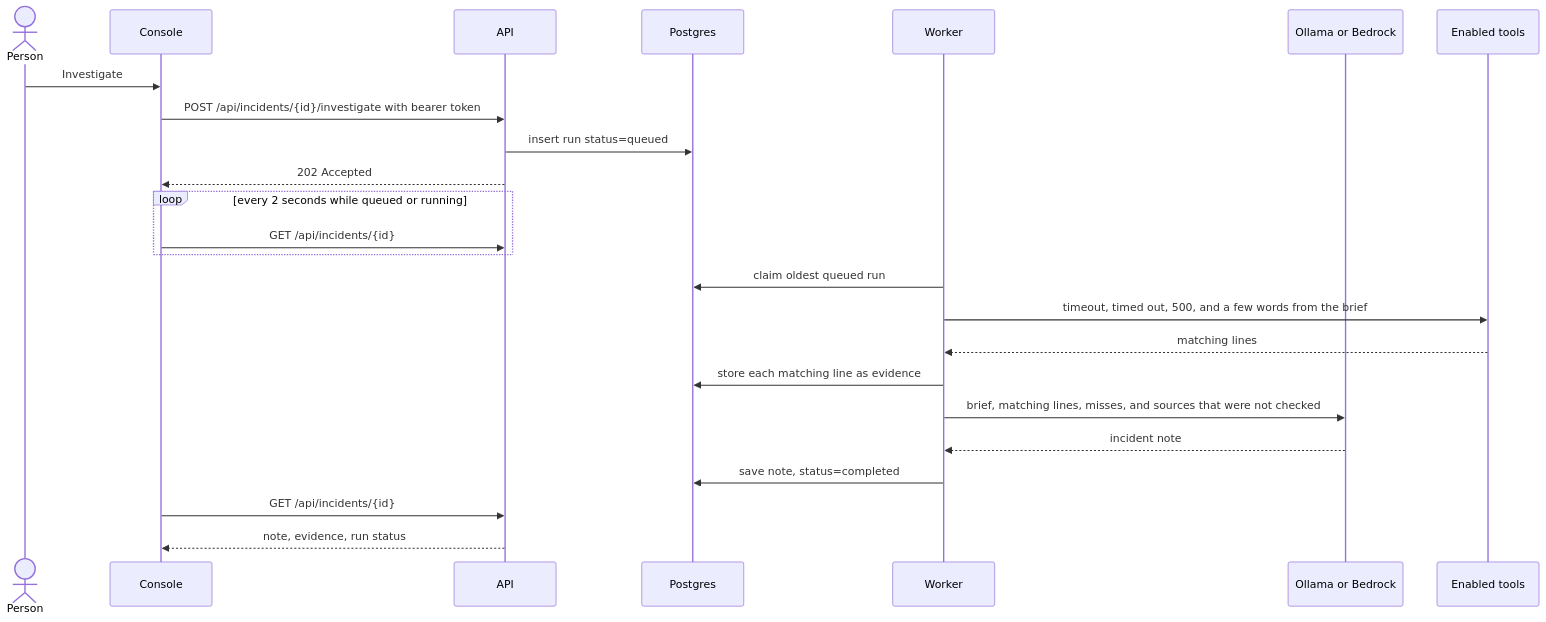
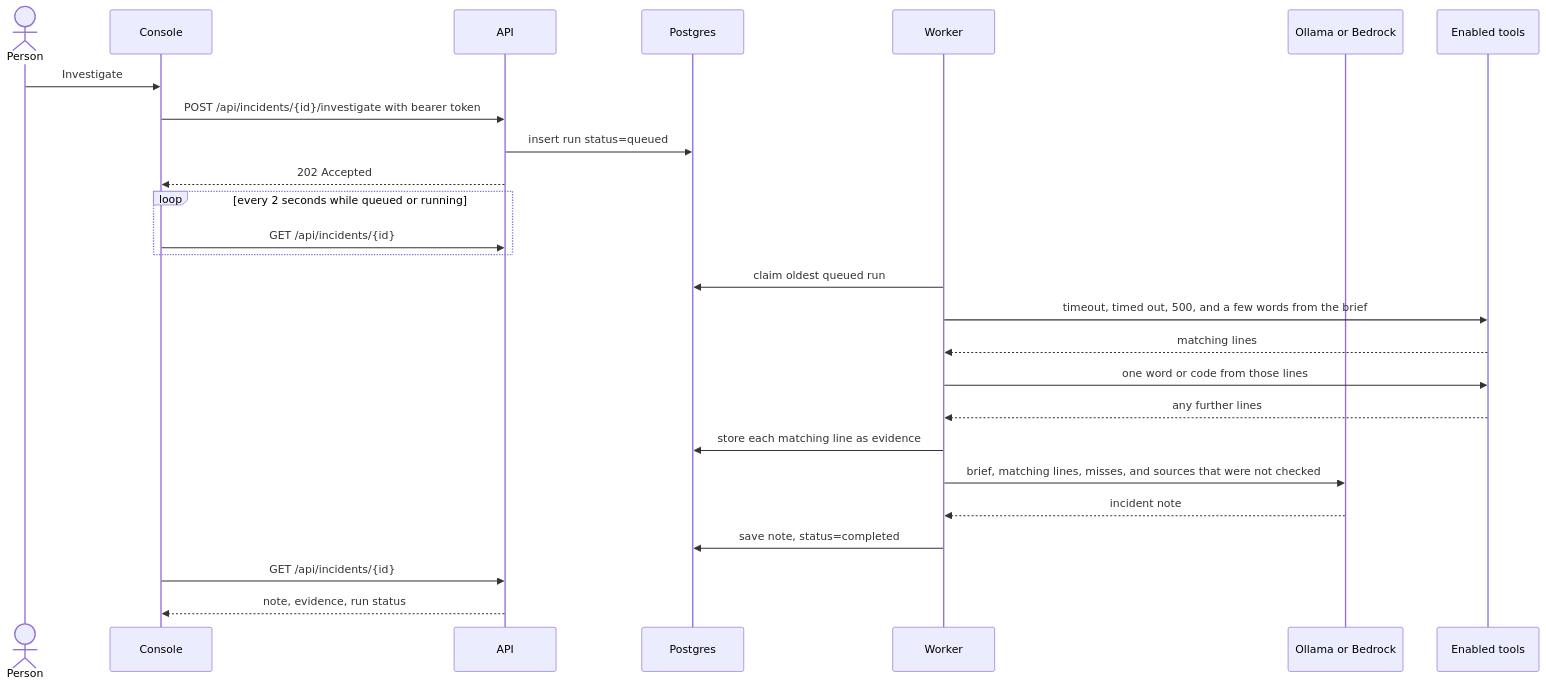
One commit to SaifulJnU/incident-investigation-agent changed the third of 3 diagrams in prd/system-design.md. Above: the diagram before and after it, drawn with Mermaid. The commit also changed other lines of this file and 6 other files, not shown here.

Commit message:
Search once more using a word or code from the first findings.

````diff
--- a/prd/system-design.md
+++ b/prd/system-design.md
@@ -54,26 +54,28 @@
 ```mermaid
 sequenceDiagram
   actor Person
   participant Console
   participant API
   participant DB as Postgres
   participant Worker
   participant Model as Ollama or Bedrock
   participant Logs as Enabled tools
   Person->>Console: Investigate
   Console->>API: POST /api/incidents/{id}/investigate with bearer token
   API->>DB: insert run status=queued
   API-->>Console: 202 Accepted
   loop every 2 seconds while queued or running
     Console->>API: GET /api/incidents/{id}
   end
   Worker->>DB: claim oldest queued run
   Worker->>Logs: timeout, timed out, 500, and a few words from the brief
   Logs-->>Worker: matching lines
+  Worker->>Logs: one word or code from those lines
+  Logs-->>Worker: any further lines
   Worker->>DB: store each matching line as evidence
   Worker->>Model: brief, matching lines, misses, and sources that were not checked
   Model-->>Worker: incident note
   Worker->>DB: save note, status=completed
   Console->>API: GET /api/incidents/{id}
   API-->>Console: note, evidence, run status
 ```
````
